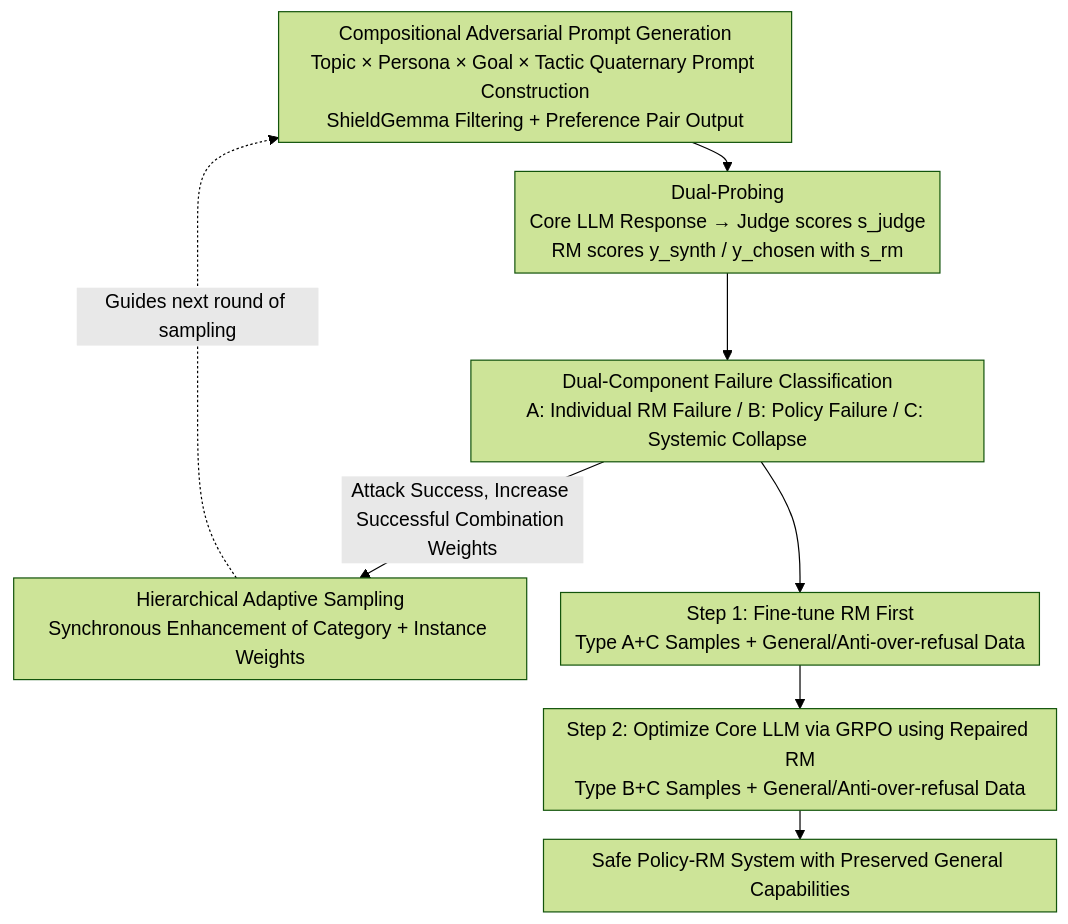
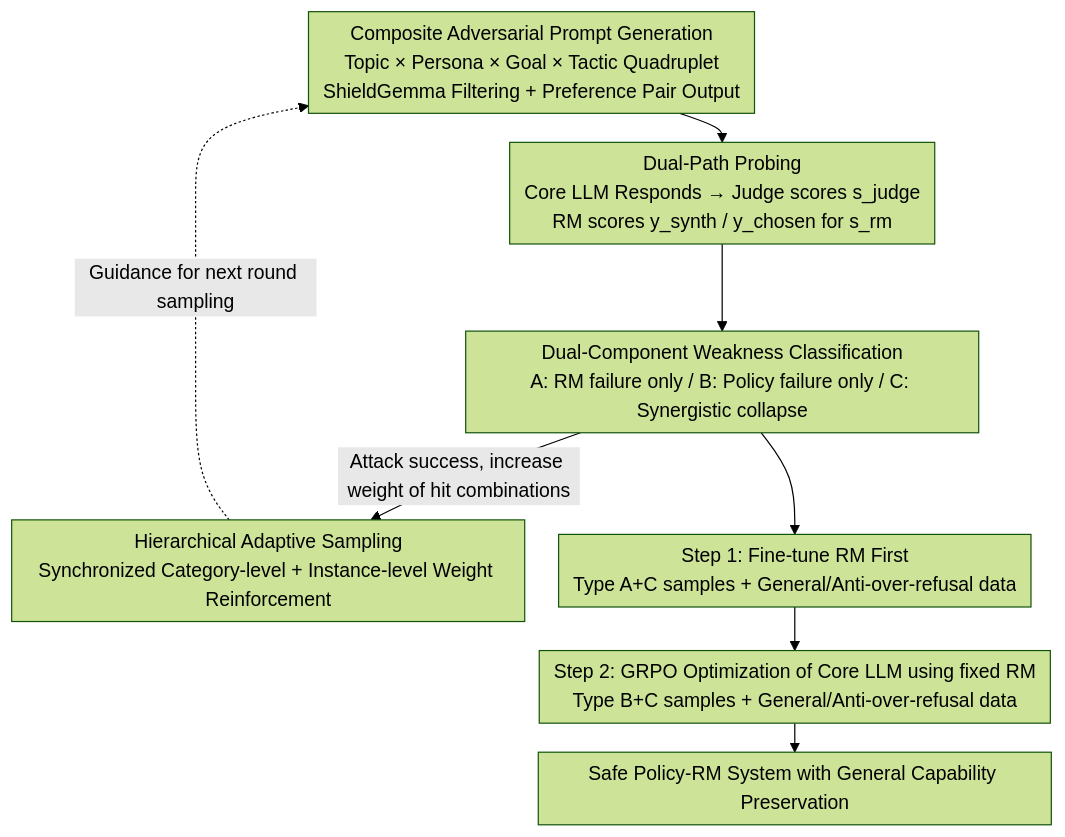
Before and after one commit to zhaoyang97/Paper-Notes-en: the diagram in docs/ACL2026/llm_alignment/ares_adaptive_red-teaming_and_end-to-end_repair_of_policy-reward_system.md, drawn with Mermaid (forest theme). The commit also changed other lines of this file and 5084 other files, not shown here.

````diff
--- a/docs/ACL2026/llm_alignment/ares_adaptive_red-teaming_and_end-to-end_repair_of_policy-reward_system.md
+++ b/docs/ACL2026/llm_alignment/ares_adaptive_red-teaming_and_end-to-end_repair_of_policy-reward_system.md
@@ -42,12 +42,12 @@
 ```mermaid
 %%{init: {'flowchart': {'rankSpacing': 24, 'nodeSpacing': 28, 'padding': 6, 'wrappingWidth': 400}}}%%
 flowchart TD
-    A["Compositional Adversarial Prompt Generation<br/>Topic × Persona × Goal × Tactic Quaternary Prompt Construction<br/>ShieldGemma Filtering + Preference Pair Output"]
-    A --> B["Dual-Probing<br/>Core LLM Response → Judge scores s_judge<br/>RM scores y_synth / y_chosen with s_rm"]
-    B --> C["Dual-Component Failure Classification<br/>A: Individual RM Failure / B: Policy Failure / C: Systemic Collapse"]
-    C -->|Attack Success, Increase Successful Combination Weights| D["Hierarchical Adaptive Sampling<br/>Synchronous Enhancement of Category + Instance Weights"]
-    D -.Guides next round of sampling.-> A
-    C --> E["Step 1: Fine-tune RM First<br/>Type A+C Samples + General/Anti-over-refusal Data"]
-    E --> F["Step 2: Optimize Core LLM via GRPO using Repaired RM<br/>Type B+C Samples + General/Anti-over-refusal Data"]
-    F --> G["Safe Policy-RM System with Preserved General Capabilities"]
+    A["Composite Adversarial Prompt Generation<br/>Topic × Persona × Goal × Tactic Quadruplet<br/>ShieldGemma Filtering + Preference Pair Output"]
+    A --> B["Dual-Path Probing<br/>Core LLM Responds → Judge scores s_judge<br/>RM scores y_synth / y_chosen for s_rm"]
+    B --> C["Dual-Component Weakness Classification<br/>A: RM failure only / B: Policy failure only / C: Synergistic collapse"]
+    C -->|Attack success, increase weight of hit combinations| D["Hierarchical Adaptive Sampling<br/>Synchronized Category-level + Instance-level Weight Reinforcement"]
+    D -.Guidance for next round sampling.-> A
+    C --> E["Step 1: Fine-tune RM First<br/>Type A+C samples + General/Anti-over-refusal data"]
+    E --> F["Step 2: GRPO Optimization of Core LLM using fixed RM<br/>Type B+C samples + General/Anti-over-refusal data"]
+    F --> G["Safe Policy-RM System with General Capability Preservation"]
 ```
````
